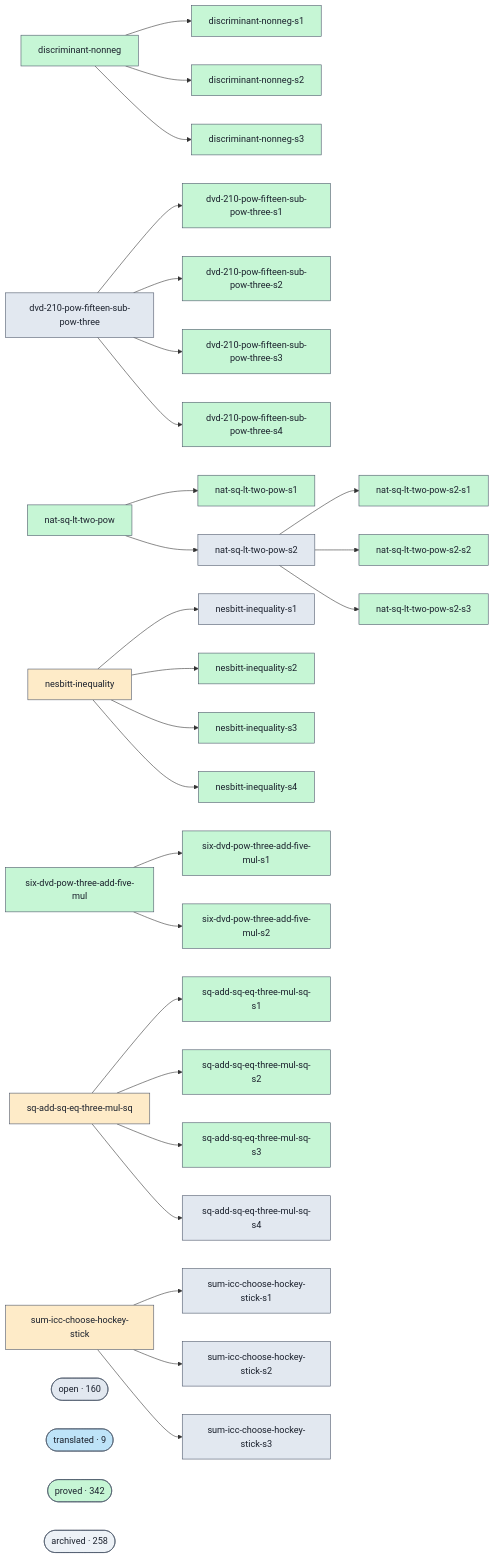
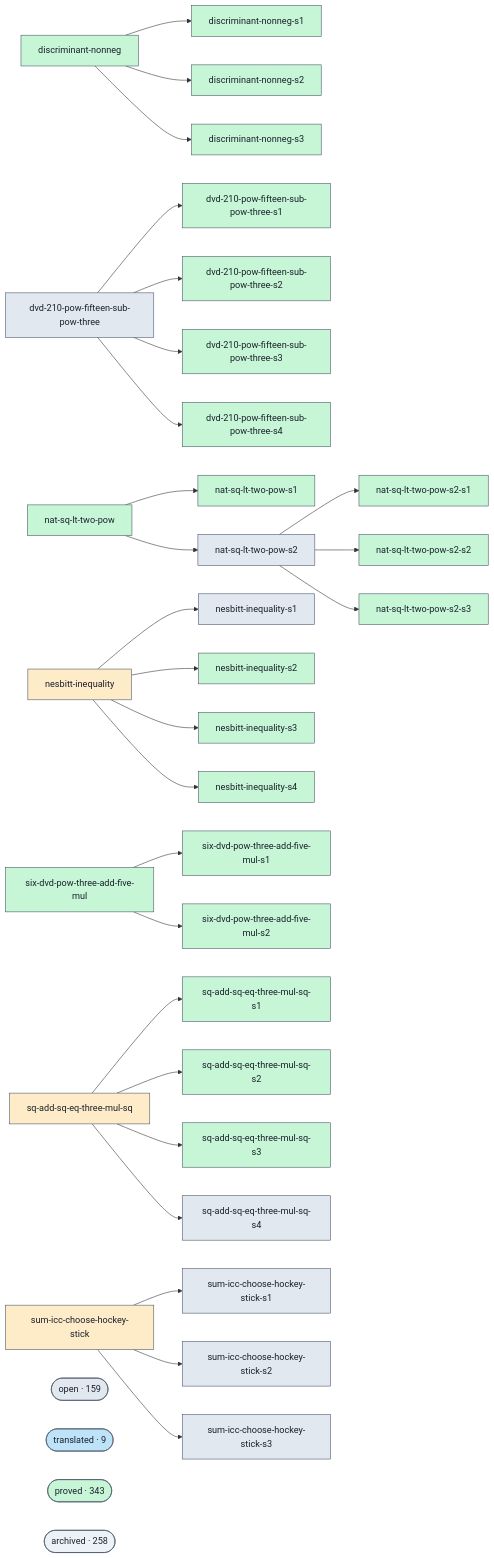
The diagram in docs/proofs-contributors-visualisation.md (Rauxon/unsorry), drawn with Mermaid before and after one commit. The commit also changed other lines of this file and 2 other files, not shown here.

```diff
--- a/docs/proofs-contributors-visualisation.md
+++ b/docs/proofs-contributors-visualisation.md
@@ -143,11 +143,11 @@
   g_sum_icc_choose_hockey_stick --> g_sum_icc_choose_hockey_stick_s1
   g_sum_icc_choose_hockey_stick --> g_sum_icc_choose_hockey_stick_s2
   g_sum_icc_choose_hockey_stick --> g_sum_icc_choose_hockey_stick_s3
-  cluster_open(["open · 160"])
+  cluster_open(["open · 159"])
   class cluster_open open;
   cluster_translated(["translated · 9"])
   class cluster_translated translated;
-  cluster_proved(["proved · 342"])
+  cluster_proved(["proved · 343"])
   class cluster_proved proved;
   cluster_archived(["archived · 258"])
   class cluster_archived unknown;
```
